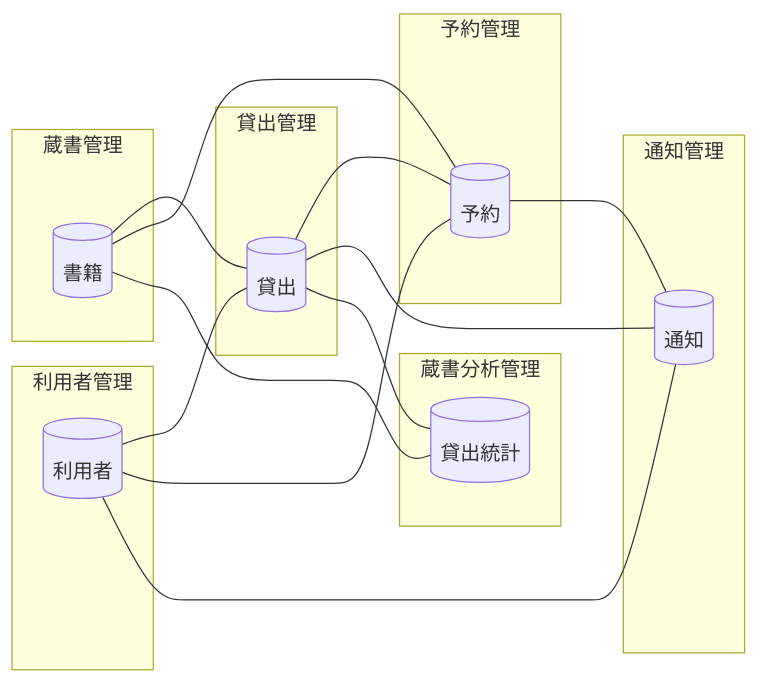
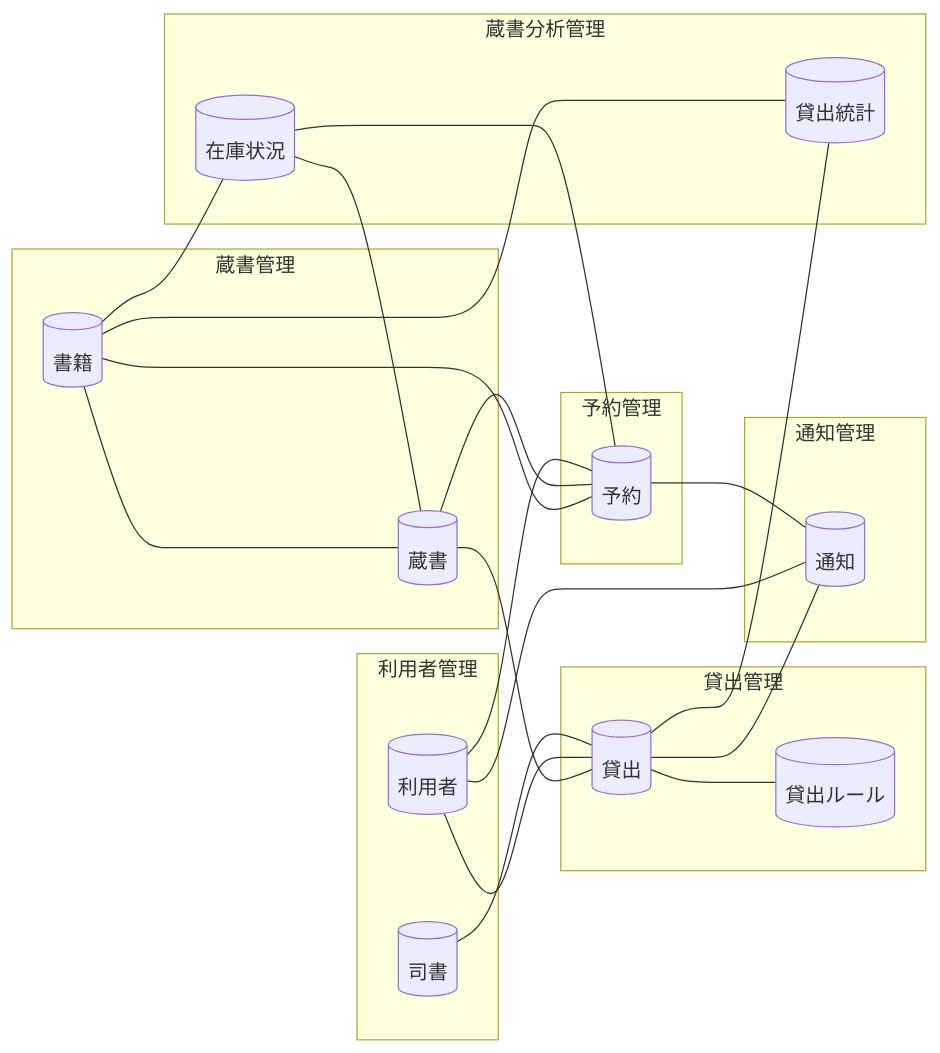
One commit to suwa-sh/suwa-sh-claude-plugins changed the diagram in samples/distillery2/library-loan/docs/requirements/rdra/views/05_情報モデル.md. Above: the diagram before and after it, drawn with Mermaid. The commit also changed other lines of this file and 249 other files, not shown here.

````diff
--- a/samples/distillery2/library-loan/docs/requirements/rdra/views/05_情報モデル.md
+++ b/samples/distillery2/library-loan/docs/requirements/rdra/views/05_情報モデル.md
@@ -7,31 +7,41 @@
 ```mermaid
 graph LR
   subgraph CX1["蔵書管理"]
     IF1[("書籍")]
+    IF2[("蔵書")]
   end
   subgraph CX2["利用者管理"]
-    IF2[("利用者")]
+    IF3[("利用者")]
+    IF4[("司書")]
   end
   subgraph CX3["貸出管理"]
-    IF3[("貸出")]
+    IF5[("貸出")]
+    IF6[("貸出ルール")]
   end
   subgraph CX4["予約管理"]
-    IF4[("予約")]
+    IF7[("予約")]
   end
   subgraph CX5["通知管理"]
-    IF5[("通知")]
+    IF8[("通知")]
   end
   subgraph CX6["蔵書分析管理"]
-    IF6[("貸出統計")]
+    IF9[("在庫状況")]
+    IF10[("貸出統計")]
   end
-  IF1 --- IF3
-  IF1 --- IF4
-  IF1 --- IF6
-  IF2 --- IF3
-  IF2 --- IF4
+  IF1 --- IF2
+  IF1 --- IF7
+  IF1 --- IF9
+  IF1 --- IF10
   IF2 --- IF5
-  IF3 --- IF4
+  IF2 --- IF7
   IF3 --- IF5
-  IF3 --- IF6
+  IF3 --- IF7
+  IF3 --- IF8
   IF4 --- IF5
+  IF5 --- IF8
+  IF5 --- IF6
+  IF5 --- IF10
+  IF7 --- IF8
+  IF9 --- IF2
+  IF9 --- IF7
 ```
````
